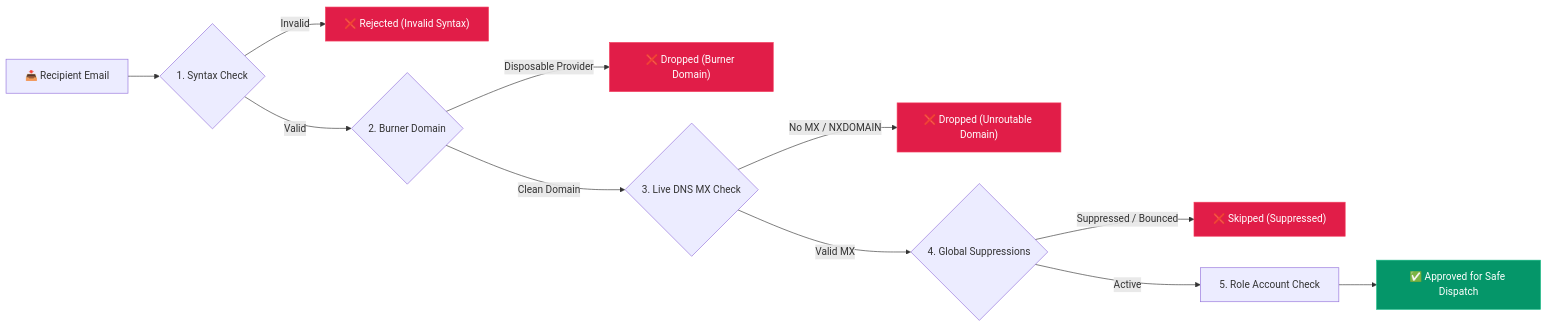
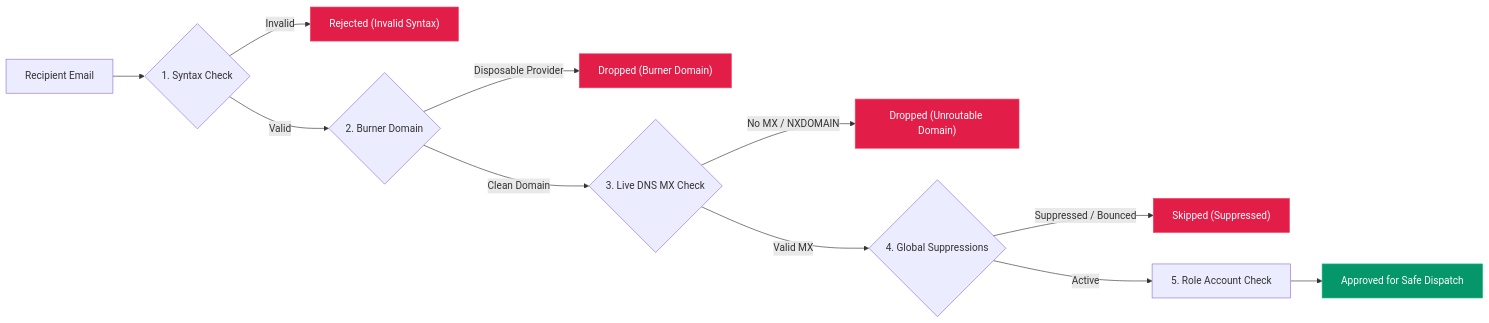
One commit to zonicisalive/bitmail changed the fourth of 5 diagrams in README.md. Above: the diagram before and after it, drawn with Mermaid. The commit also changed other lines of this file and 1 other file, not shown here.

````diff
--- a/README.md
+++ b/README.md
@@ -162,19 +162,19 @@
 ```mermaid
 flowchart LR
-    INPUT["📥 Recipient Email"] --> S1{"1. Syntax Check"}
-    S1 -->|Invalid| DROP["❌ Rejected (Invalid Syntax)"]
+    INPUT["Recipient Email"] --> S1{"1. Syntax Check"}
+    S1 -->|Invalid| DROP["Rejected (Invalid Syntax)"]
     S1 -->|Valid| S2{"2. Burner Domain"}
-    S2 -->|Disposable Provider| DROP2["❌ Dropped (Burner Domain)"]
+    S2 -->|Disposable Provider| DROP2["Dropped (Burner Domain)"]
     S2 -->|Clean Domain| S3{"3. Live DNS MX Check"}
-    S3 -->|No MX / NXDOMAIN| DROP3["❌ Dropped (Unroutable Domain)"]
+    S3 -->|No MX / NXDOMAIN| DROP3["Dropped (Unroutable Domain)"]
     S3 -->|Valid MX| S4{"4. Global Suppressions"}
-    S4 -->|Suppressed / Bounced| DROP4["❌ Skipped (Suppressed)"]
+    S4 -->|Suppressed / Bounced| DROP4["Skipped (Suppressed)"]
     S4 -->|Active| S5["5. Role Account Check"]
-    S5 --> PASS["✅ Approved for Safe Dispatch"]
+    S5 --> PASS["Approved for Safe Dispatch"]
 
     style PASS fill:#059669,stroke:#10b981,color:#ffffff
     style DROP fill:#e11d48,stroke:#f43f5e,color:#ffffff
     style DROP2 fill:#e11d48,stroke:#f43f5e,color:#ffffff
     style DROP3 fill:#e11d48,stroke:#f43f5e,color:#ffffff
     style DROP4 fill:#e11d48,stroke:#f43f5e,color:#ffffff
 ```
````
